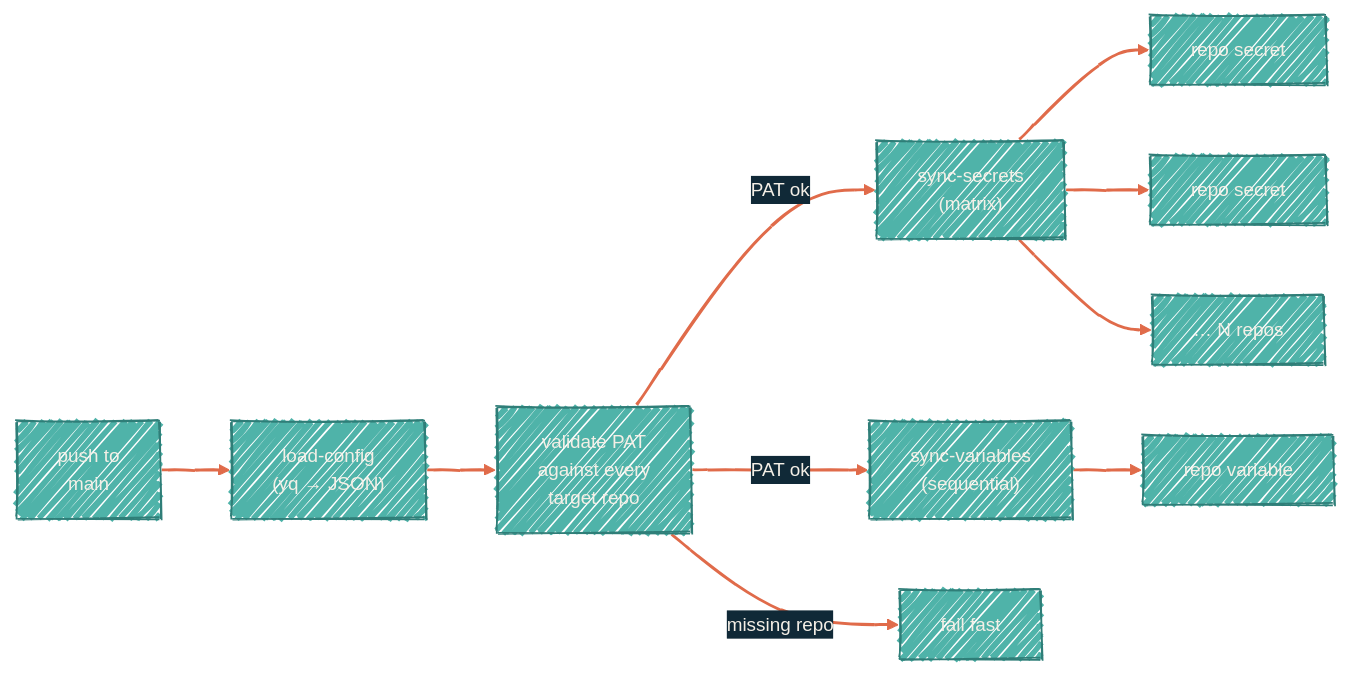
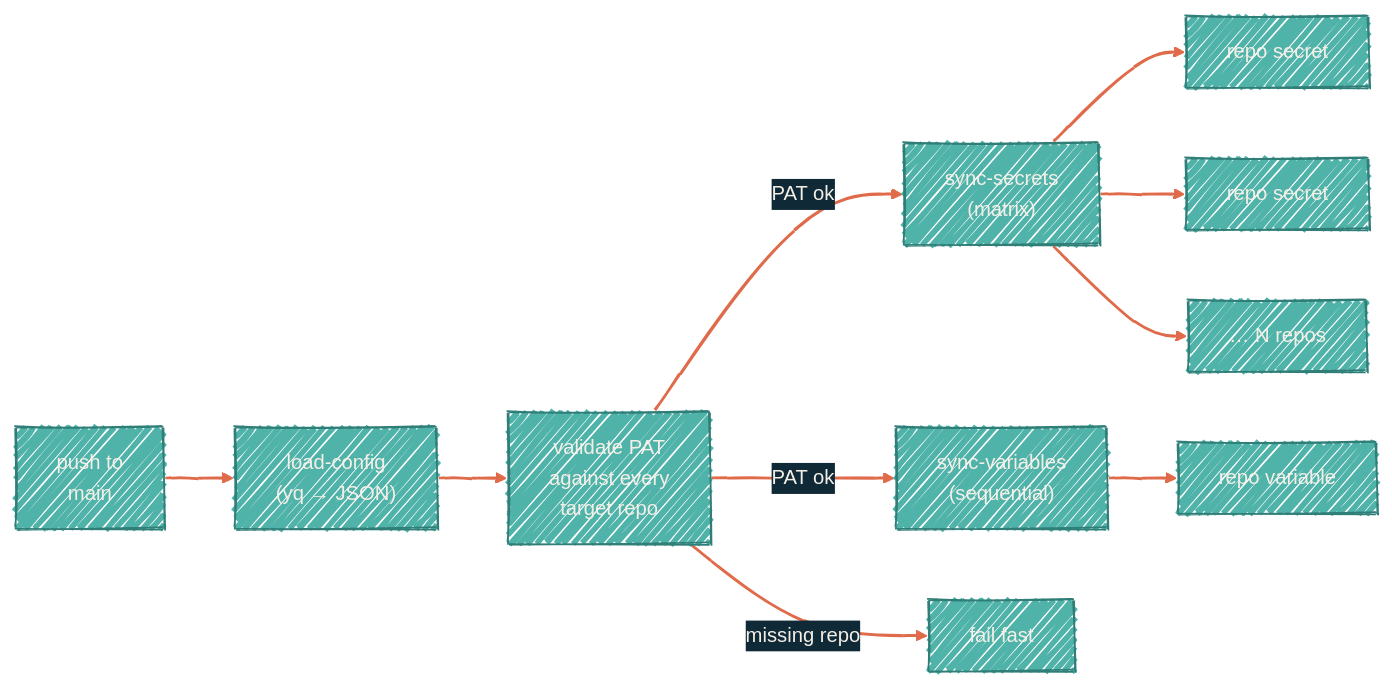
The first of 2 diagrams in security/secrets-sync.mdx (dryvist/docs), drawn with Mermaid before and after one commit. The commit also changed other lines of this file and 12 other files, not shown here.

````diff
--- a/security/secrets-sync.mdx
+++ b/security/secrets-sync.mdx
@@ -12,15 +13,15 @@
 ```mermaid
-%%{init: {'theme':'base','look':'handDrawn','themeVariables':{'primaryColor':'#4FB3A9','primaryTextColor':'#F4EFE6','primaryBorderColor':'#2F7E78','lineColor':'#E06B4A','secondaryColor':'#102937','tertiaryColor':'#0B1D2A','clusterBkg':'transparent','clusterBorder':'#4FB3A9','fontFamily':'Geist','fontSize':'14px'}}}%%
+%%{init: {'theme':'base','look':'handDrawn','themeVariables':{'primaryColor':'#4FB3A9','primaryTextColor':'#F4EFE6','primaryBorderColor':'#2F7E78','lineColor':'#E06B4A','secondaryColor':'#102937','tertiaryColor':'#0B1D2A','clusterBkg':'transparent','clusterBorder':'#4FB3A9','fontFamily':'Geist','fontSize':'15px'}}}%%
 flowchart LR
   Trigger["push to<br/>main"] --> LC["load-config<br/>(yq → JSON)"]
   LC --> Gate["validate PAT<br/>against every<br/>target repo"]
   Gate -->|"PAT ok"| Sec["sync-secrets<br/>(matrix)"]
   Gate -->|"PAT ok"| Vars["sync-variables<br/>(sequential)"]
   Sec --> Repo1["repo secret"]
   Sec --> Repo2["repo secret"]
   Sec --> Repon["… N repos"]
   Vars --> RepoV["repo variable"]
   Gate -->|"missing repo"| Fail["fail fast"]
 
   linkStyle default stroke:#E06B4A,stroke-width:2px
 ```
````
